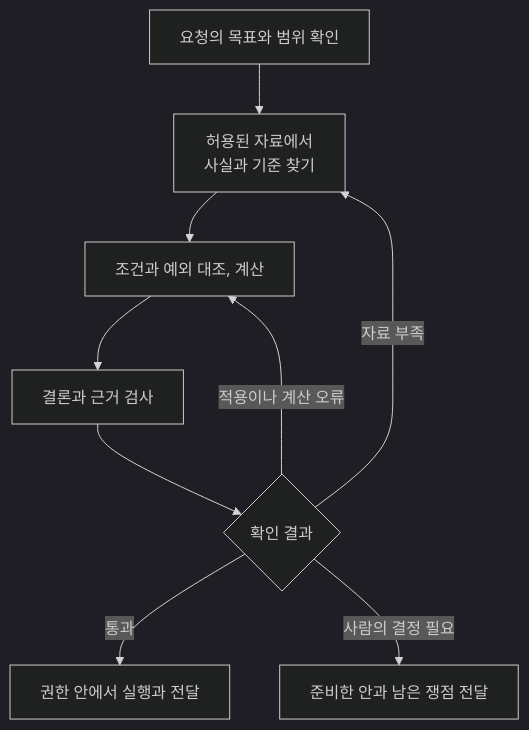
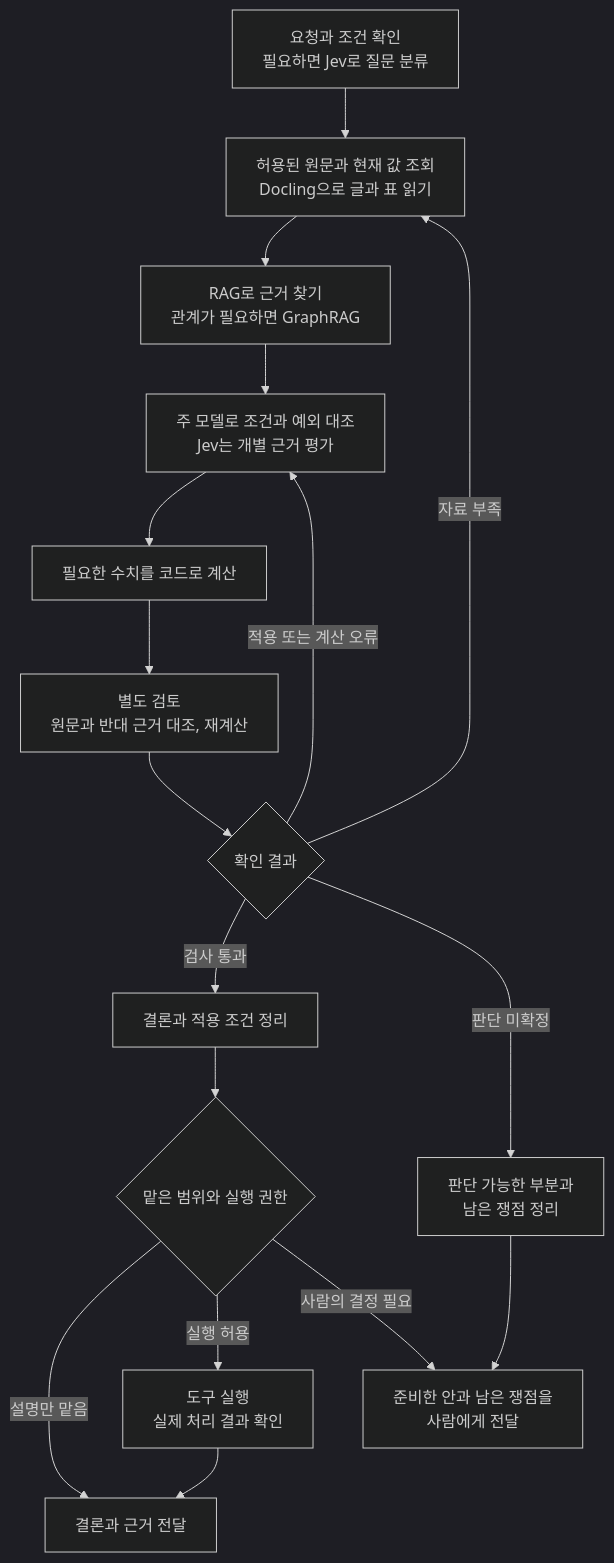
Before and after one commit to harisbaguette/expert: the diagram in 전문 판단의 신뢰성.md, drawn with Mermaid (dark theme). The commit also changed other lines of this file and 8 other files, not shown here.

````diff
--- a/전문 판단의 신뢰성.md
+++ b/전문 판단의 신뢰성.md
@@ -69,11 +395,19 @@
 ```mermaid
 flowchart TB
-    A[요청의 목표와 범위 확인] --> B[허용된 자료에서<br/>사실과 기준 찾기]
-    B --> C[조건과 예외 대조, 계산]
-    C --> D[결론과 근거 검사]
-    D --> E{확인 결과}
-    E -->|통과| F[권한 안에서 실행과 전달]
-    E -->|자료 부족| B
-    E -->|적용이나 계산 오류| C
-    E -->|사람의 결정 필요| G[준비한 안과 남은 쟁점 전달]
+    A[요청과 조건 확인<br/>필요하면 Jev로 질문 분류] --> B[허용된 원문과 현재 값 조회<br/>Docling으로 글과 표 읽기]
+    B --> C[RAG로 근거 찾기<br/>관계가 필요하면 GraphRAG]
+    C --> D[주 모델로 조건과 예외 대조<br/>Jev는 개별 근거 평가]
+    D --> E[필요한 수치를 코드로 계산]
+    E --> F[별도 검토<br/>원문과 반대 근거 대조, 재계산]
+    F --> G{확인 결과}
+    G -->|자료 부족| B
+    G -->|적용 또는 계산 오류| D
+    G -->|검사 통과| H[결론과 적용 조건 정리]
+    G -->|판단 미확정| I[판단 가능한 부분과<br/>남은 쟁점 정리]
+    H --> J{맡은 범위와 실행 권한}
+    J -->|설명만 맡음| L[결론과 근거 전달]
+    J -->|실행 허용| K[도구 실행<br/>실제 처리 결과 확인]
+    J -->|사람의 결정 필요| M[준비한 안과 남은 쟁점을<br/>사람에게 전달]
+    K --> L
+    I --> M
 ```
````
